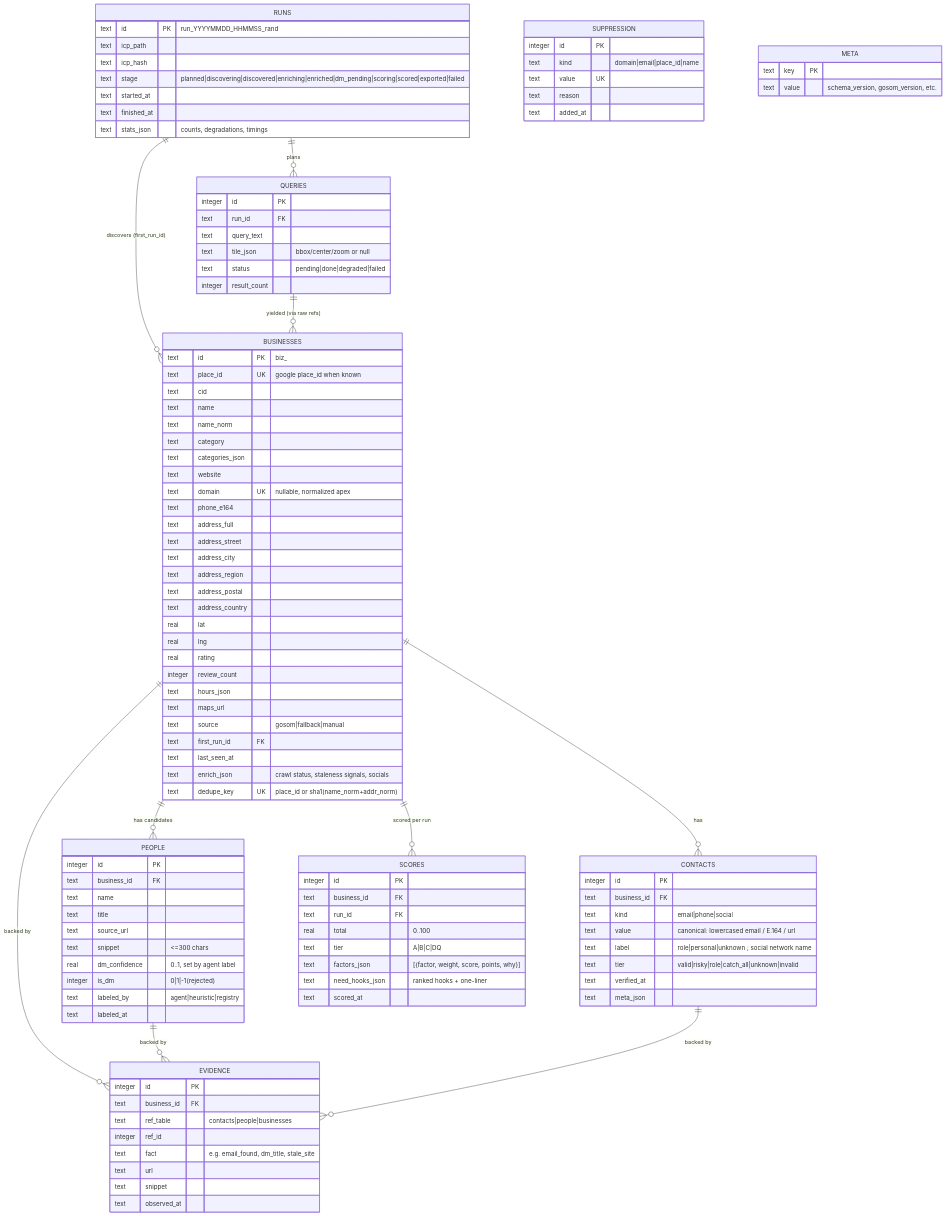
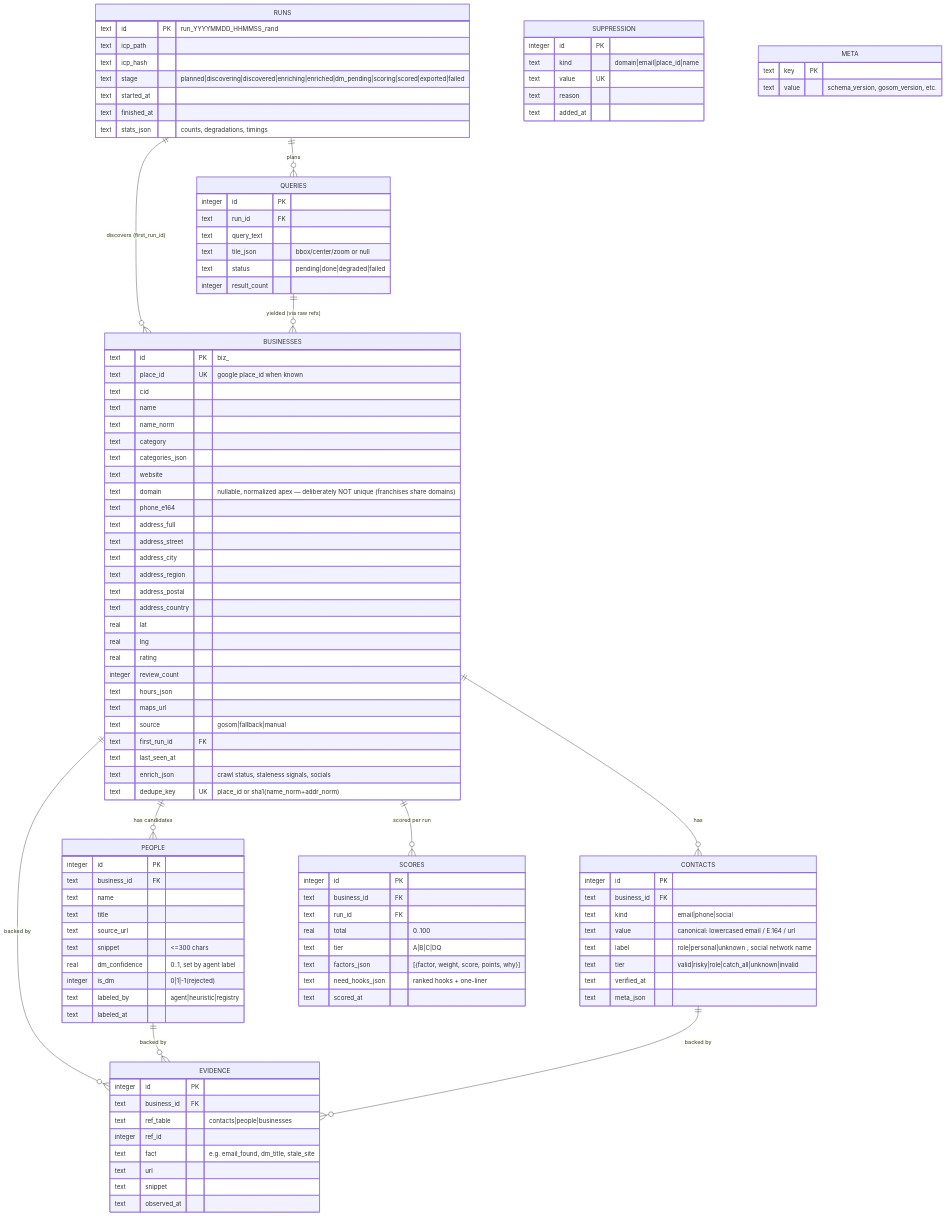
The diagram in docs/03-data-model.md (AbdulrahmanAmer/leadforge), drawn with Mermaid before and after one commit. The commit also changed 41 other files, not shown here.

```diff
--- a/docs/03-data-model.md
+++ b/docs/03-data-model.md
@@ -47,7 +47,7 @@
         text category
         text categories_json
         text website
-        text domain UK "nullable, normalized apex"
+        text domain "nullable, normalized apex — deliberately NOT unique (franchises share domains)"
         text phone_e164
         text address_full
         text address_street
```
